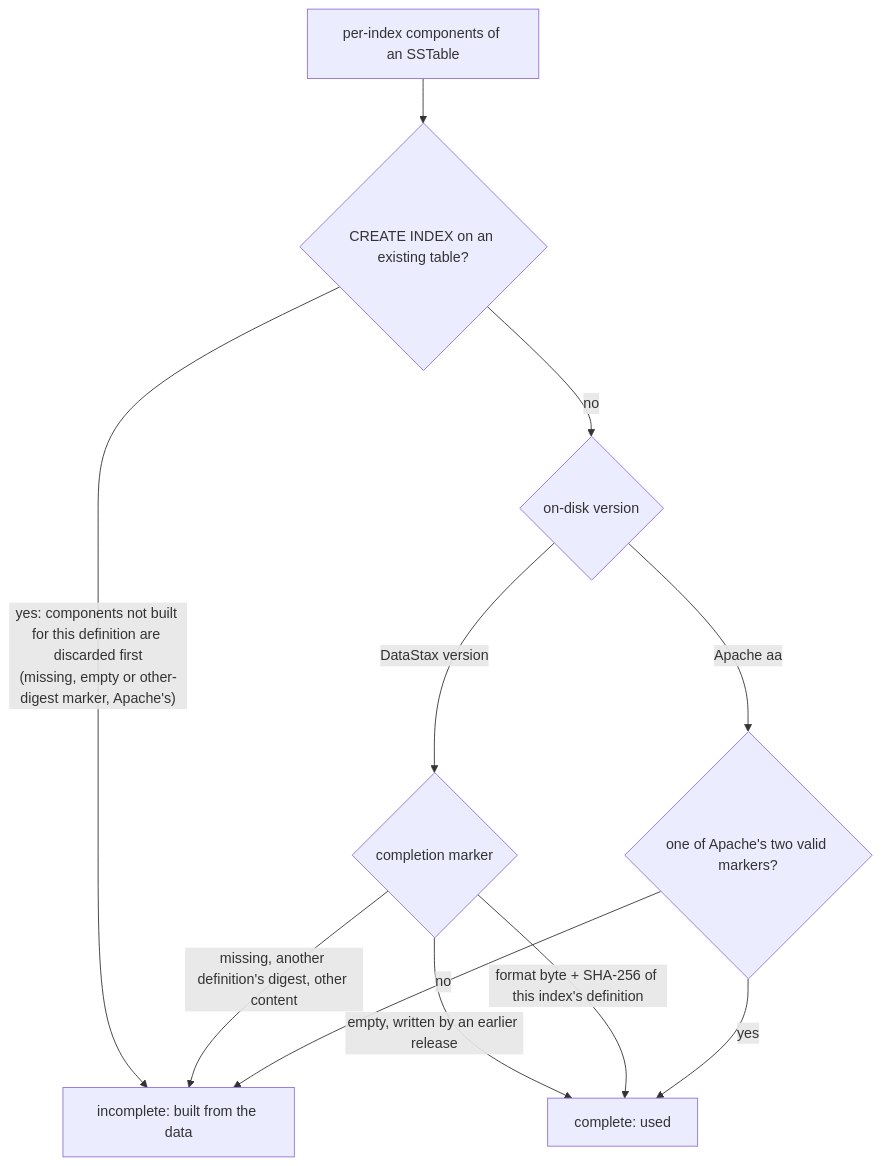
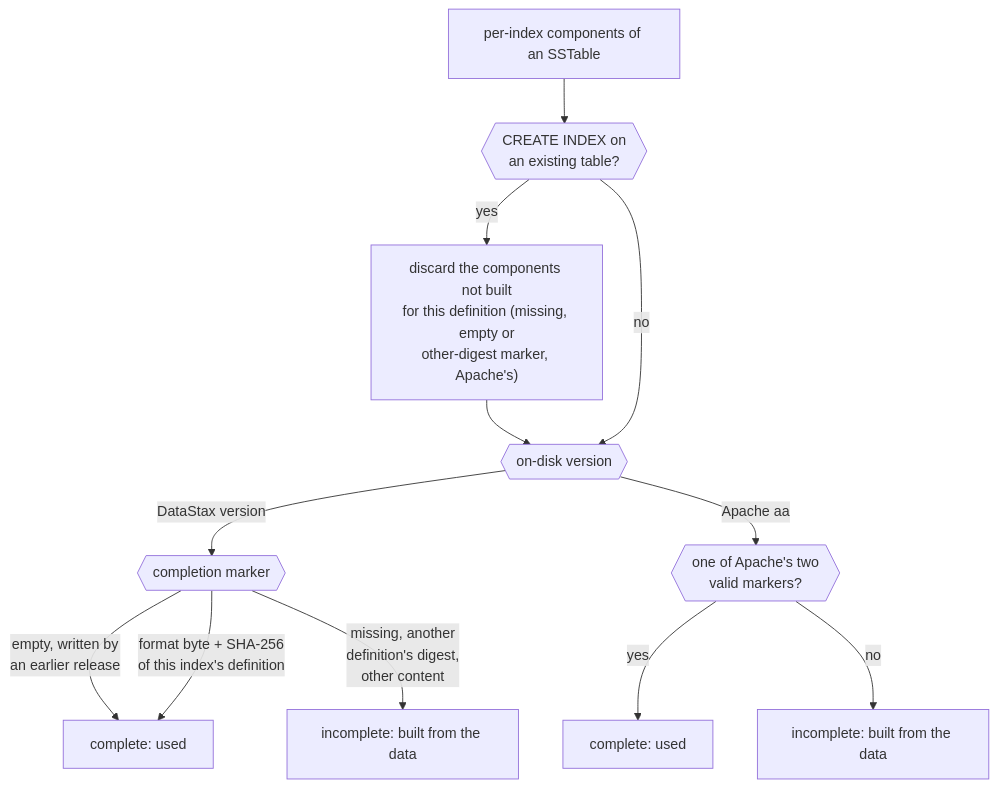
The fifth of 7 diagrams in sai-apache-ports/README.md (JeremiahDJordan/ai-review-guides), drawn with Mermaid before and after one commit. The commit also changed other lines of this file and 6 other files, not shown here.

````diff
--- a/sai-apache-ports/README.md
+++ b/sai-apache-ports/README.md
@@ -186,13 +232,14 @@
 ```mermaid
 flowchart TD
-    P["per-index components of an SSTable"] --> CR{"CREATE INDEX on an existing table?"}
-    CR -->|"yes: components not built for this definition are discarded first<br/>(missing, empty or other-digest marker, Apache's)"| I["incomplete: built from the data"]
-    CR -->|"no"| V{"on-disk version"}
-    V -->|"DataStax version"| M{"completion marker"}
-    M -->|"empty, written by an earlier release"| C["complete: used"]
-    M -->|"format byte + SHA-256 of this index's definition"| C
-    M -->|"missing, another definition's digest, other content"| I
-    V -->|"Apache aa"| AM{"one of Apache's two valid markers?"}
-    AM -->|"yes"| C
-    AM -->|"no"| I
+    P["per-index components of an SSTable"] --> CR{{"CREATE INDEX on<br/>an existing table?"}}
+    CR -->|"yes"| D["discard the components not built<br/>for this definition (missing, empty or<br/>other-digest marker, Apache's)"]
+    D --> V
+    CR -->|"no"| V{{"on-disk version"}}
+    V -->|"DataStax version"| M{{"completion marker"}}
+    M -->|"empty, written by<br/>an earlier release"| C1["complete: used"]
+    M -->|"format byte + SHA-256<br/>of this index's definition"| C1
+    M -->|"missing, another<br/>definition's digest,<br/>other content"| I1["incomplete: built from the data"]
+    V -->|"Apache aa"| AM{{"one of Apache's two<br/>valid markers?"}}
+    AM -->|"yes"| C2["complete: used"]
+    AM -->|"no"| I2["incomplete: built from the data"]
 ```
````
